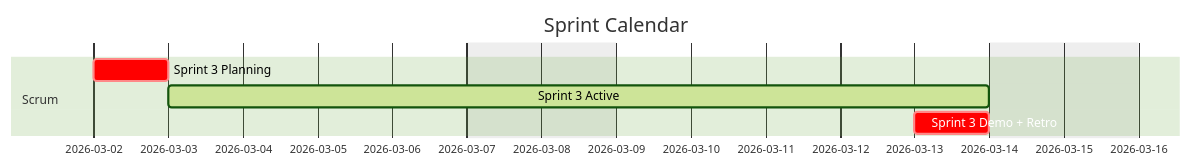
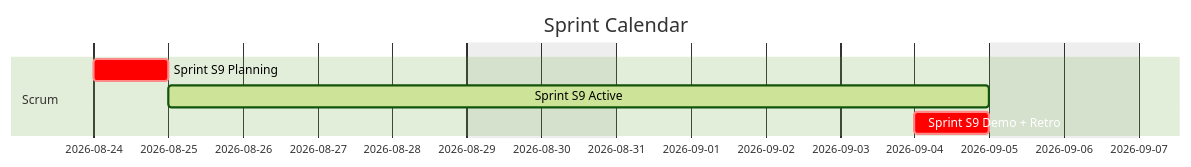
Before and after one commit to Katty-Fashion/kf-cpto: the first of 2 diagrams in index.md, drawn with Mermaid (forest theme). The commit also changed other lines of this file and 15 other files, not shown here.

````diff
--- a/index.md
+++ b/index.md
@@ -58,11 +61,11 @@
 ```mermaid
 gantt
     title Sprint Calendar
     dateFormat YYYY-MM-DD
     excludes weekends
 
     section Scrum
-    Sprint 3 Planning        :crit, 2026-03-02, 1d
-    Sprint 3 Active          :active, 2026-03-03, 9d
-    Sprint 3 Demo + Retro    :crit, 2026-03-13, 1d
+    Sprint S9 Planning        :crit, 2026-08-24, 1d
+    Sprint S9 Active          :active, 2026-08-25, 9d
+    Sprint S9 Demo + Retro    :crit, 2026-09-04, 1d
 ```
````
